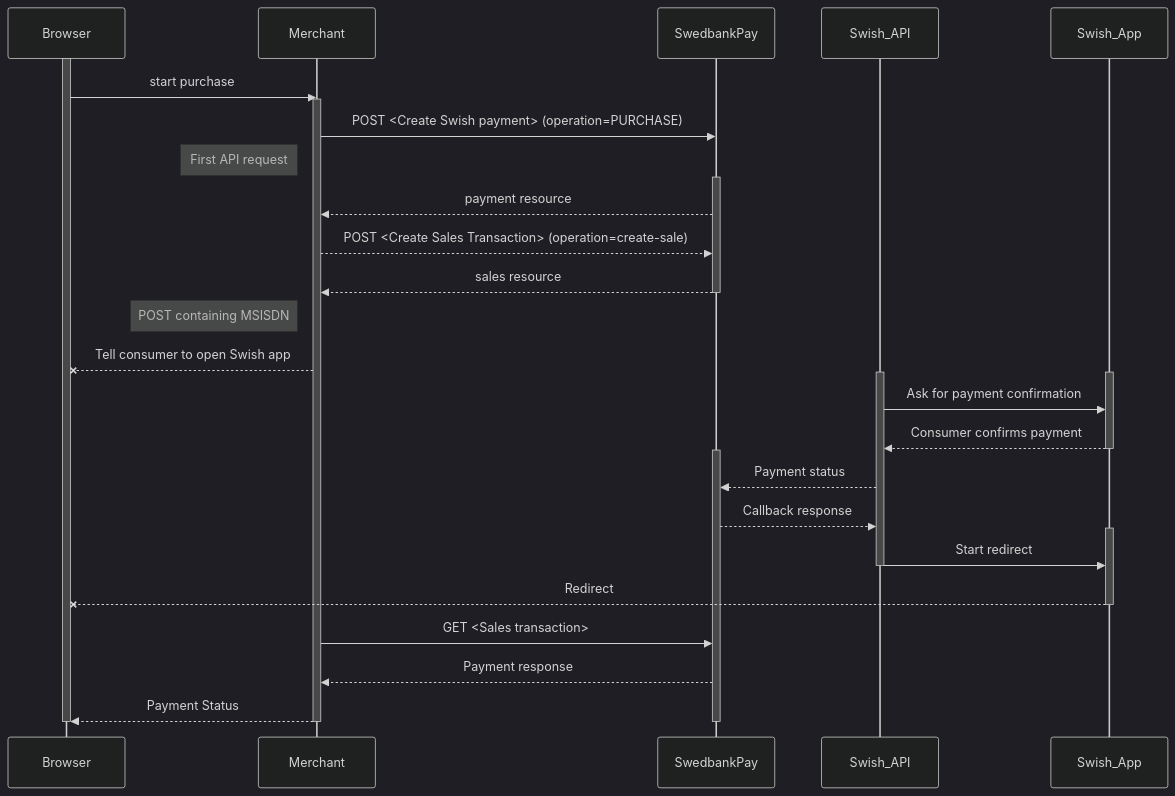
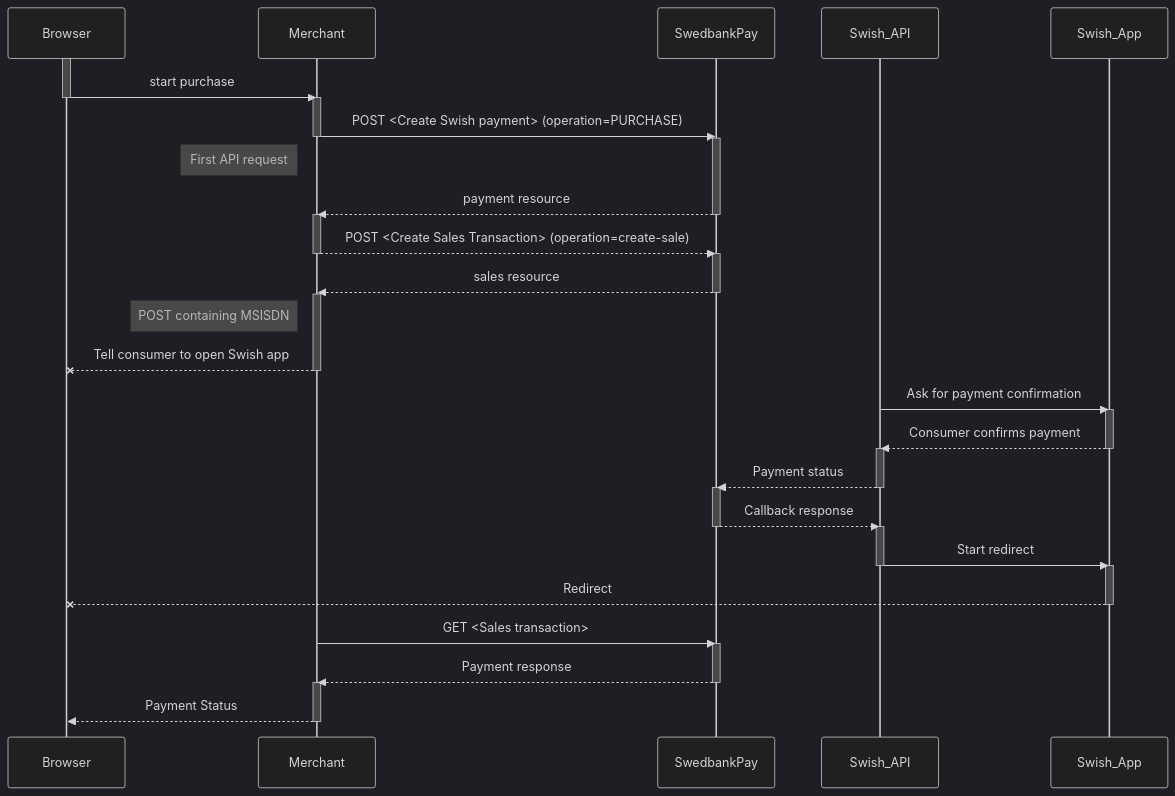
Before and after one commit to SwedbankPay/developer.swedbankpay.com: the first of 2 diagrams in payments/swish/seamless-view.md, drawn with Mermaid (dark theme). The commit also changed other lines of this file and 1 other file, not shown here.

Commit message:
DX-415 Fixed all sequence diagrams

````diff
--- a/payments/swish/seamless-view.md
+++ b/payments/swish/seamless-view.md
@@ -69,39 +69,38 @@
 ```mermaid
 sequenceDiagram
   activate Browser
-  Browser->>Merchant: start purchase
+  Browser->>-Merchant: start purchase
   activate Merchant
-  Merchant->>SwedbankPay: POST <Create Swish payment> (operation=PURCHASE)
+  Merchant->>-SwedbankPay: POST <Create Swish payment> (operation=PURCHASE)
+  activate SwedbankPay
   note left of Merchant: First API request
+  SwedbankPay-->>-Merchant: payment resource
+  activate Merchant
+
+  Merchant-->>-SwedbankPay: POST <Create Sales Transaction> (operation=create-sale)
   activate SwedbankPay
-  SwedbankPay-->>Merchant: payment resource
-
-  Merchant-->>SwedbankPay: POST <Create Sales Transaction> (operation=create-sale)
-  SwedbankPay-->>Merchant: sales resource
-  deactivate SwedbankPay
+  SwedbankPay-->>-Merchant: sales resource
+  activate Merchant
 
   note left of Merchant: POST containing MSISDN
-  Merchant--xBrowser: Tell consumer to open Swish app
+  Merchant--x-Browser: Tell consumer to open Swish app
 
+  Swish_API->>Swish_App: Ask for payment confirmation
+  activate Swish_App
+  Swish_App-->>-Swish_API: Consumer confirms payment
   activate Swish_API
+
+  Swish_API-->>-SwedbankPay: Payment status
+  activate SwedbankPay
+  SwedbankPay-->>-Swish_API: Callback response
+  activate Swish_API
+  Swish_API->>-Swish_App: Start redirect
   activate Swish_App
-  Swish_API->>Swish_App: Ask for payment confirmation
-  Swish_App-->>Swish_API: Consumer confirms payment
-  deactivate Swish_App
 
+  Swish_App--x-Browser: Redirect
+  Merchant->>SwedbankPay: GET <Sales transaction>
   activate SwedbankPay
-  Swish_API-->>SwedbankPay: Payment status
-  SwedbankPay-->>Swish_API: Callback response
-  activate Swish_App
-  Swish_API->>Swish_App: Start redirect
-  deactivate Swish_API
-
-  Swish_App--xBrowser: Redirect
-  deactivate Swish_App
-  Merchant->>SwedbankPay: GET <Sales transaction>
-  SwedbankPay-->>Merchant: Payment response
-  Merchant-->>Browser: Payment Status
-  deactivate Merchant
-  deactivate Browser
-  deactivate SwedbankPay
+  SwedbankPay-->>-Merchant: Payment response
+  activate Merchant
+  Merchant-->>-Browser: Payment Status
 ```
````
